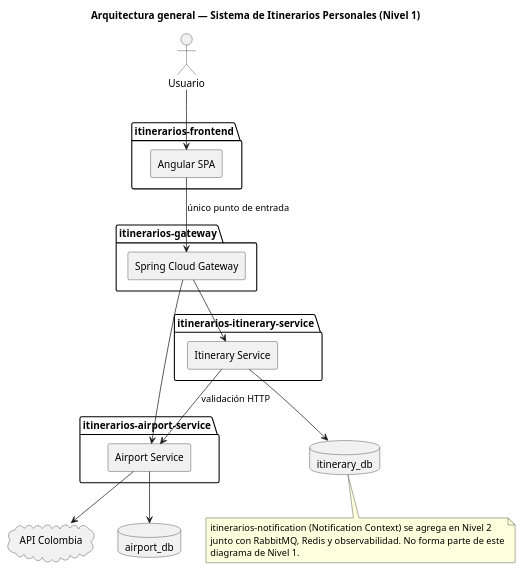
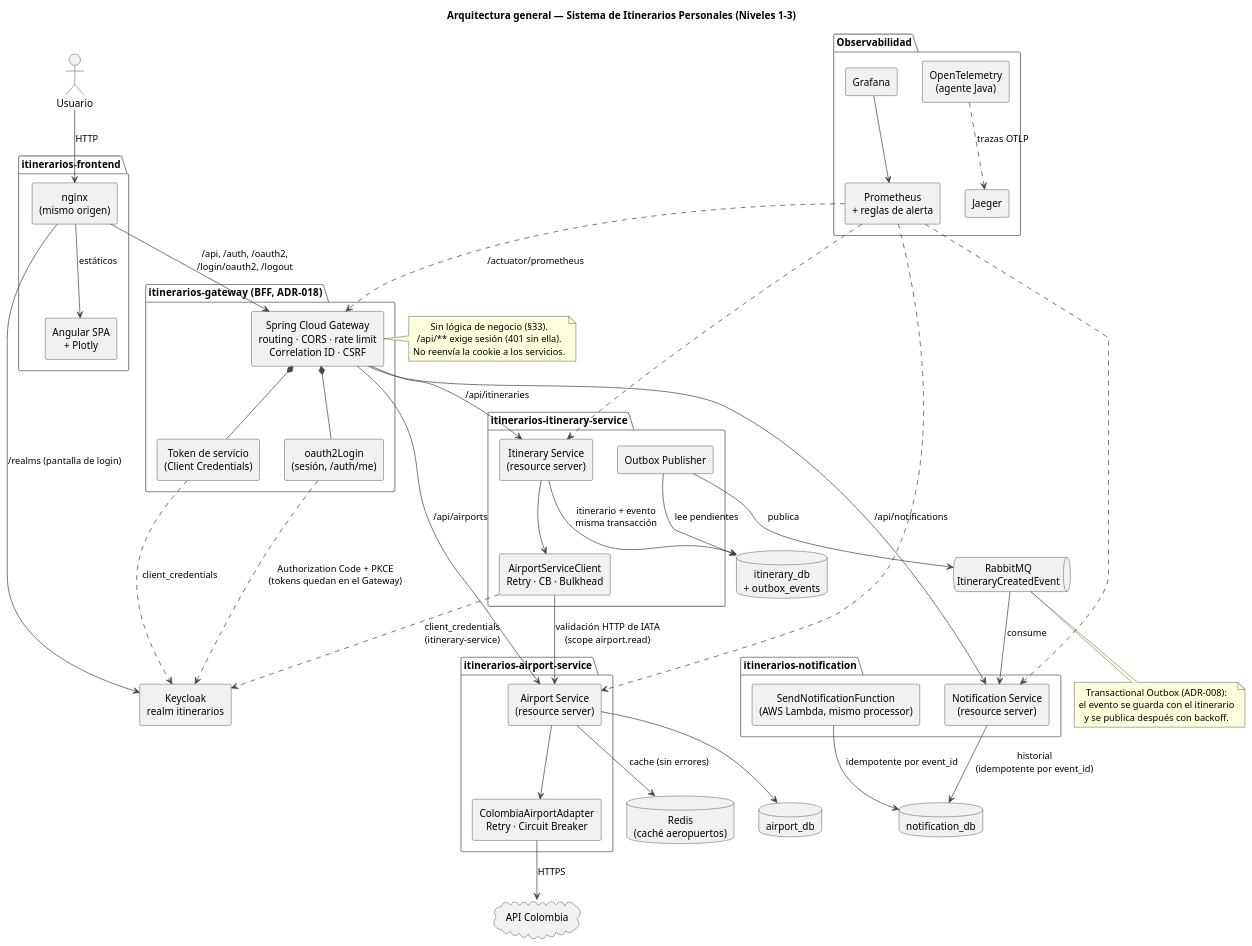
The diagram in architecture/overview.puml (FernandoMartinez018/itinerarios-docs), drawn with PlantUML before and after one commit. The commit also changed 1 other file, not shown here.

Commit message:
docs(architecture): vista general actualizada (Niveles 1-3, BFF con Keycloak) y despliegue en AWS

```diff
--- a/architecture/overview.puml
+++ b/architecture/overview.puml
@@ -1,44 +1,110 @@
 @startuml overview
-title Arquitectura general — Sistema de Itinerarios Personales (Nivel 1)
+title Arquitectura general — Sistema de Itinerarios Personales (Niveles 1-3)
 
 skinparam componentStyle rectangle
+skinparam shadowing false
+skinparam defaultTextAlignment center
+skinparam ArrowColor #444444
+skinparam package {
+  BorderColor #888888
+}
 
-actor Usuario
+actor "Usuario" as Usuario
 
 package "itinerarios-frontend" {
-  [Angular SPA]
+  component "nginx\n(mismo origen)" as Nginx
+  component "Angular SPA\n+ Plotly" as Spa
 }
 
-package "itinerarios-gateway" {
-  [Spring Cloud Gateway]
+package "itinerarios-gateway  (BFF, ADR-018)" {
+  component "Spring Cloud Gateway\nrouting · CORS · rate limit\nCorrelation ID · CSRF" as Gateway
+  component "oauth2Login\n(sesión, /auth/me)" as Bff
+  component "Token de servicio\n(Client Credentials)" as SvcToken
 }
 
+component "Keycloak\nrealm itinerarios" as Keycloak
+
 package "itinerarios-airport-service" {
-  [Airport Service]
+  component "Airport Service\n(resource server)" as Airport
+  component "ColombiaAirportAdapter\nRetry · Circuit Breaker" as Adapter
 }
 
 package "itinerarios-itinerary-service" {
-  [Itinerary Service]
+  component "Itinerary Service\n(resource server)" as Itinerary
+  component "AirportServiceClient\nRetry · CB · Bulkhead" as AirportClient
+  component "Outbox Publisher" as Outbox
 }
 
+package "itinerarios-notification" {
+  component "Notification Service\n(resource server)" as Notification
+  component "SendNotificationFunction\n(AWS Lambda, mismo processor)" as Lambda
+}
+
+queue "RabbitMQ\nItineraryCreatedEvent" as Rabbit
+database "Redis\n(caché aeropuertos)" as Redis
+database "airport_db" as AirportDb
+database "itinerary_db\n+ outbox_events" as ItineraryDb
+database "notification_db" as NotificationDb
 cloud "API Colombia" as ApiColombia
 
-database "airport_db" as AirportDb
-database "itinerary_db" as ItineraryDb
+package "Observabilidad" {
+  component "OpenTelemetry\n(agente Java)" as Otel
+  component "Jaeger" as Jaeger
+  component "Prometheus\n+ reglas de alerta" as Prometheus
+  component "Grafana" as Grafana
+}
 
-Usuario --> [Angular SPA]
-[Angular SPA] --> [Spring Cloud Gateway] : único punto de entrada
-[Spring Cloud Gateway] --> [Airport Service]
-[Spring Cloud Gateway] --> [Itinerary Service]
-[Itinerary Service] --> [Airport Service] : validación HTTP
-[Airport Service] --> AirportDb
-[Airport Service] --> ApiColombia
-[Itinerary Service] --> ItineraryDb
+' --- Entrada del usuario
+Usuario --> Nginx : HTTP
+Nginx --> Spa : estáticos
+Nginx --> Gateway : /api, /auth, /oauth2,\n/login/oauth2, /logout
+Nginx --> Keycloak : /realms (pantalla de login)
 
-note bottom
-  itinerarios-notification (Notification Context) se agrega en Nivel 2
-  junto con RabbitMQ, Redis y observabilidad. No forma parte de este
-  diagrama de Nivel 1.
+' --- Seguridad
+Gateway *-- Bff
+Gateway *-- SvcToken
+Bff ..> Keycloak : Authorization Code + PKCE\n(tokens quedan en el Gateway)
+SvcToken ..> Keycloak : client_credentials
+AirportClient ..> Keycloak : client_credentials\n(itinerary-service)
+
+' --- Negocio (Bearer de servicio, sin cookie)
+Gateway --> Airport : /api/airports
+Gateway --> Itinerary : /api/itineraries
+Gateway --> Notification : /api/notifications
+
+Airport --> Adapter
+Adapter --> ApiColombia : HTTPS
+Airport --> Redis : cache (sin errores)
+Airport --> AirportDb
+
+Itinerary --> AirportClient
+AirportClient --> Airport : validación HTTP de IATA\n(scope airport.read)
+Itinerary --> ItineraryDb : itinerario + evento\nmisma transacción
+Outbox --> ItineraryDb : lee pendientes
+Outbox --> Rabbit : publica
+
+Rabbit --> Notification : consume
+Notification --> NotificationDb : historial\n(idempotente por event_id)
+Lambda --> NotificationDb : idempotente por event_id
+
+' --- Observabilidad
+Otel ..> Jaeger : trazas OTLP
+Prometheus ..> Gateway : /actuator/prometheus
+Prometheus ..> Airport
+Prometheus ..> Itinerary
+Prometheus ..> Notification
+Grafana --> Prometheus
+
+note right of Gateway
+  Sin lógica de negocio (§33).
+  /api/** exige sesión (401 sin ella).
+  No reenvía la cookie a los servicios.
+end note
+
+note bottom of Rabbit
+  Transactional Outbox (ADR-008):
+  el evento se guarda con el itinerario
+  y se publica después con backoff.
 end note
 
 @enduml
```
